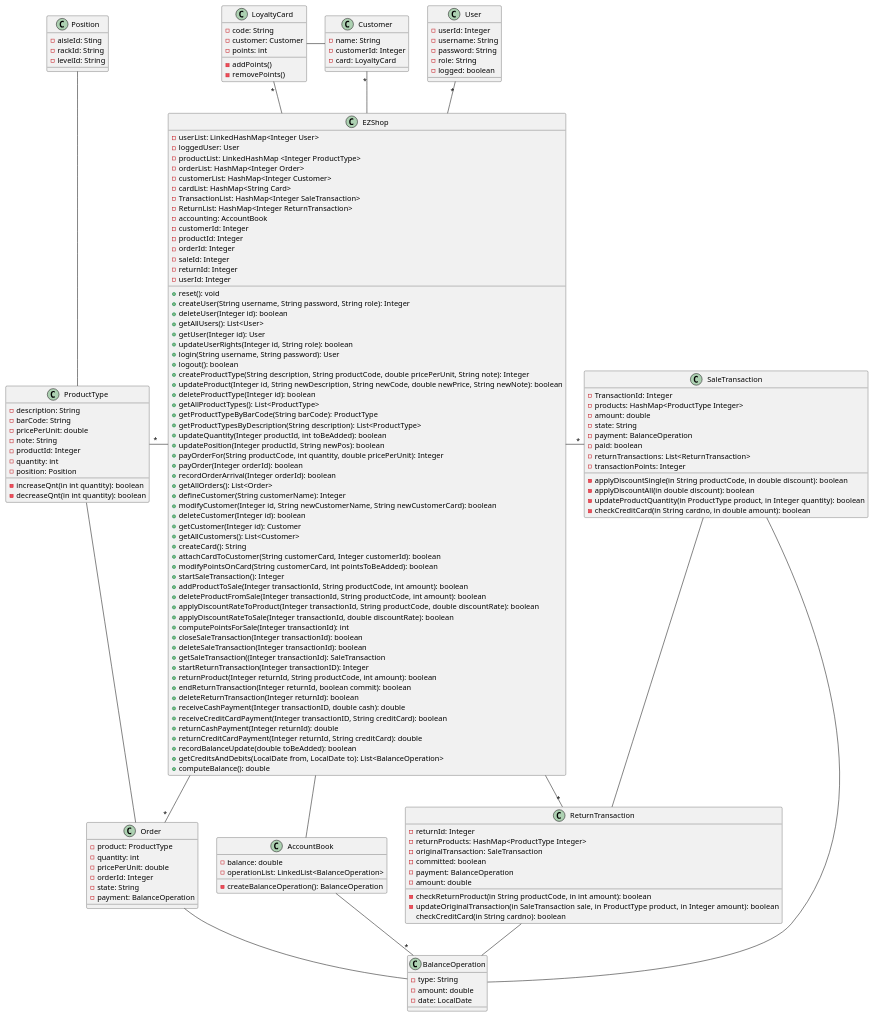
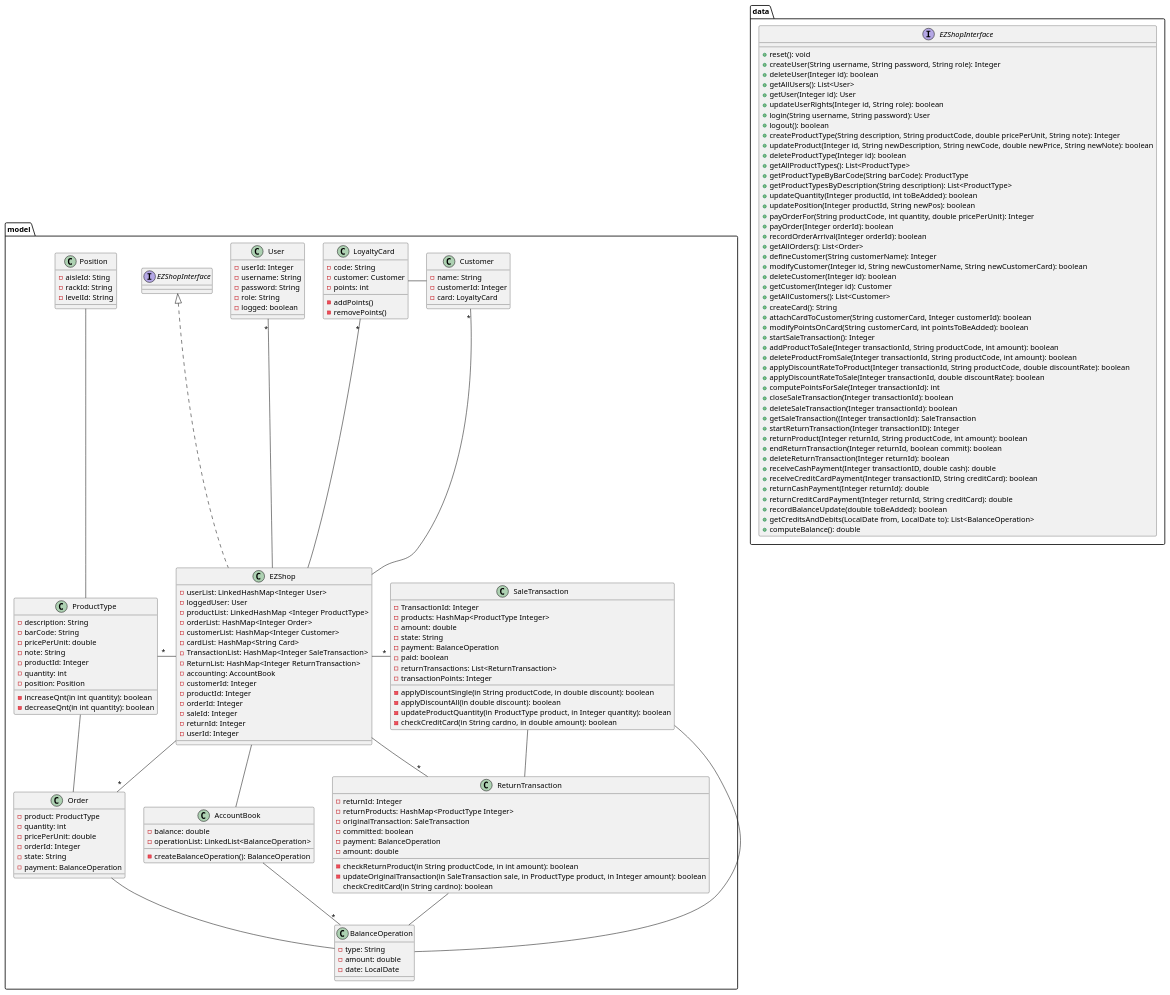
One commit to marco-ballario/EzShop changed the second of 4 diagrams in Deliverables/DesignDocument.md. Above: the diagram before and after it, drawn with PlantUML.

Commit message:
docs: update class diagram showing interface

````diff
--- a/Deliverables/DesignDocument.md
+++ b/Deliverables/DesignDocument.md
@@ -51,22 +51,7 @@
 ```plantuml
 @startuml
-class EZShop{
-    -userList: LinkedHashMap<Integer User>
-    -loggedUser: User
-    -productList: LinkedHashMap <Integer ProductType>
-    -orderList: HashMap<Integer Order>
-    -customerList: HashMap<Integer Customer>
--cardList: HashMap<String Card>
--TransactionList: HashMap<Integer SaleTransaction>
--ReturnList: HashMap<Integer ReturnTransaction>
--accounting: AccountBook
--customerId: Integer
--productId: Integer
--orderId: Integer
--saleId: Integer
--returnId: Integer
--userId: Integer
-
+package data{
+interface EZShopInterface{
 + reset(): void
     + createUser(String username, String password, String role): Integer 
     + deleteUser(Integer id): boolean 
@@ -115,6 +100,26 @@
     + recordBalanceUpdate(double toBeAdded): boolean
     + getCreditsAndDebits(LocalDate from, LocalDate to): List<BalanceOperation>
     + computeBalance(): double
+} 
+}
+package model{
+class EZShop implements EZShopInterface{
+    -userList: LinkedHashMap<Integer User>
+    -loggedUser: User
+    -productList: LinkedHashMap <Integer ProductType>
+    -orderList: HashMap<Integer Order>
+    -customerList: HashMap<Integer Customer>
+-cardList: HashMap<String Card>
+-TransactionList: HashMap<Integer SaleTransaction>
+-ReturnList: HashMap<Integer ReturnTransaction>
+-accounting: AccountBook
+-customerId: Integer
+-productId: Integer
+-orderId: Integer
+-saleId: Integer
+-returnId: Integer
+-userId: Integer
+
 }
 class User{
     -userId: Integer
@@ -220,5 +225,6 @@
 Order -r- BalanceOperation
 SaleTransaction-r- BalanceOperation
 ReturnTransaction-r- BalanceOperation
+}
 @enduml
 ```
````
